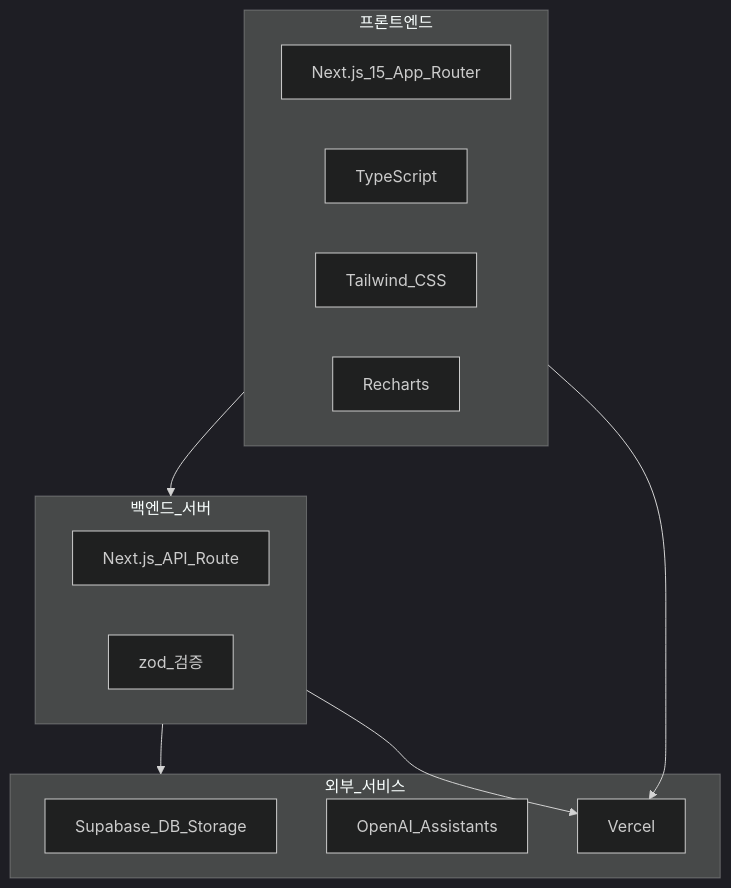
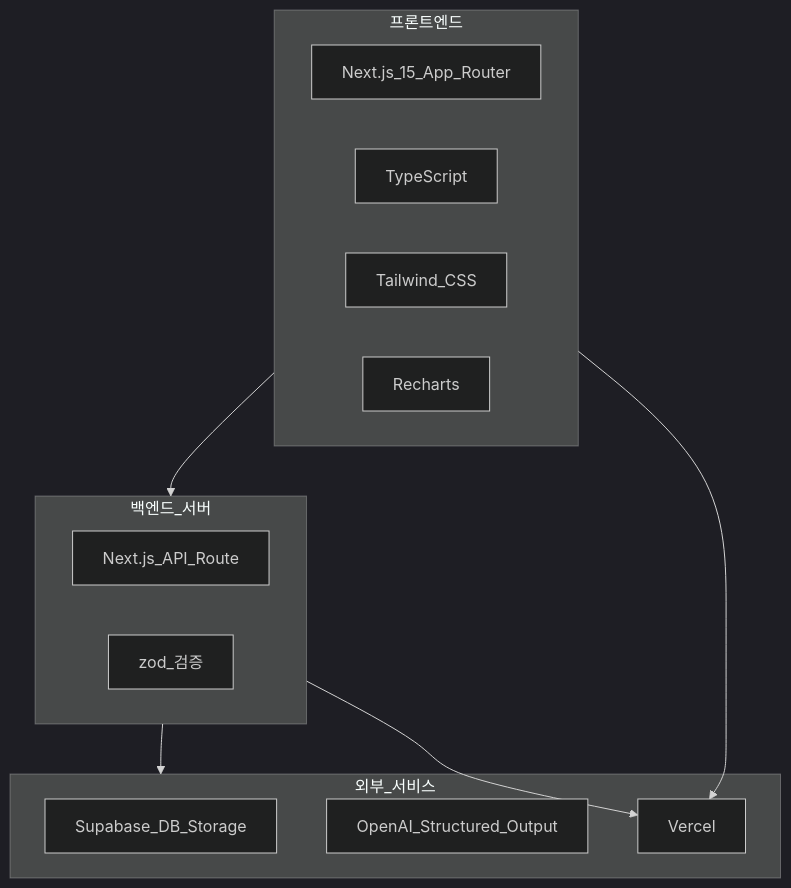
One commit to DevCoreDXI76/excel-analysis changed the first of 2 diagrams in docs/02_tech_stack.md. Above: the diagram before and after it, drawn with Mermaid (dark theme). The commit also changed other lines of this file and 41 other files, not shown here.

First line of the commit message:
feat: v2 Structured Output parsing, table CRUD, export, and meeting room fields

````diff
--- a/docs/02_tech_stack.md
+++ b/docs/02_tech_stack.md
@@ -25,25 +25,25 @@
 ```mermaid
 flowchart TB
   subgraph frontend [프론트엔드]
     Next[Next.js_15_App_Router]
     TS[TypeScript]
     TW[Tailwind_CSS]
     RC[Recharts]
   end
 
   subgraph backend [백엔드_서버]
     API[Next.js_API_Route]
     Zod[zod_검증]
   end
 
   subgraph external [외부_서비스]
     SB[Supabase_DB_Storage]
-    OAI[OpenAI_Assistants]
+    OAI[OpenAI_Structured_Output]
     VC[Vercel]
   end
 
   frontend --> backend
   backend --> external
   frontend --> VC
   backend --> VC
 ```
````
